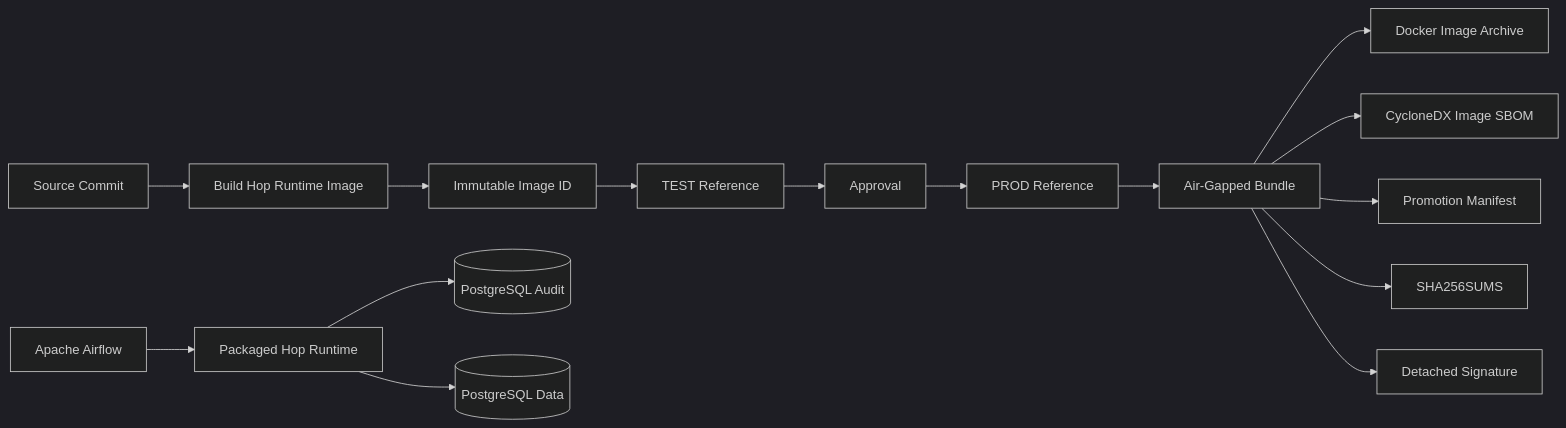
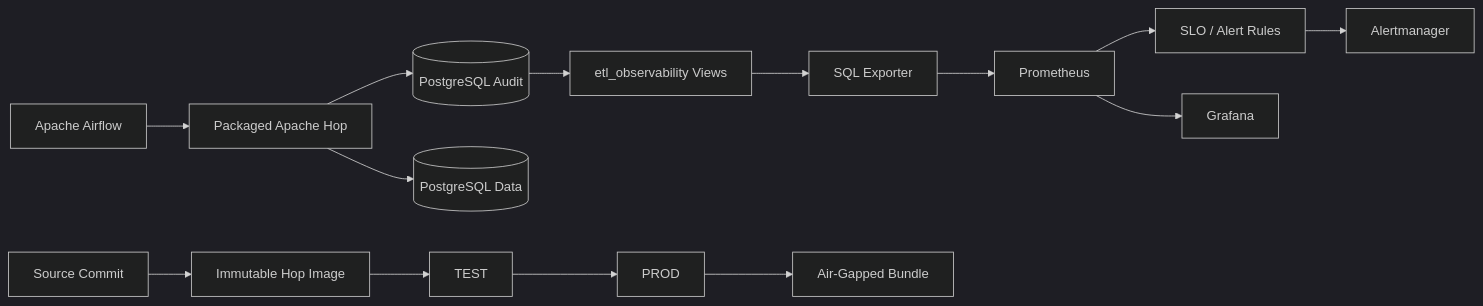
Before and after one commit to kewinall/enterprise-etl-platform: the diagram in docs/ARCHITECTURE.md, drawn with Mermaid (dark theme). The commit also changed other lines of this file and 27 other files, not shown here.

First line of the commit message:
feat: deliver v0.5 Prometheus Grafana SLO and alerting

````diff
--- a/docs/ARCHITECTURE.md
+++ b/docs/ARCHITECTURE.md
@@ -7,19 +7,18 @@
 ```mermaid
 flowchart LR
-  SRC[Source Commit] --> BUILD[Build Hop Runtime Image]
-  BUILD --> ID[Immutable Image ID]
-  ID --> TEST[TEST Reference]
-  TEST --> APPROVE[Approval]
-  APPROVE --> PROD[PROD Reference]
-  PROD --> BUNDLE[Air-Gapped Bundle]
-
-  BUNDLE --> IMG[Docker Image Archive]
-  BUNDLE --> SBOM[CycloneDX Image SBOM]
-  BUNDLE --> MAN[Promotion Manifest]
-  BUNDLE --> SUM[SHA256SUMS]
-  BUNDLE --> SIG[Detached Signature]
-
-  AF[Apache Airflow] --> HOP[Packaged Hop Runtime]
+  AF[Apache Airflow] --> HOP[Packaged Apache Hop]
   HOP --> AUDIT[(PostgreSQL Audit)]
   HOP --> DATA[(PostgreSQL Data)]
+
+  AUDIT --> VIEW[etl_observability Views]
+  VIEW --> SQLX[SQL Exporter]
+  SQLX --> PROM[Prometheus]
+  PROM --> RULES[SLO / Alert Rules]
+  PROM --> GRAF[Grafana]
+  RULES --> AM[Alertmanager]
+
+  SRC[Source Commit] --> IMG[Immutable Hop Image]
+  IMG --> TEST[TEST]
+  TEST --> PROD[PROD]
+  PROD --> OFFLINE[Air-Gapped Bundle]
 ```
````
